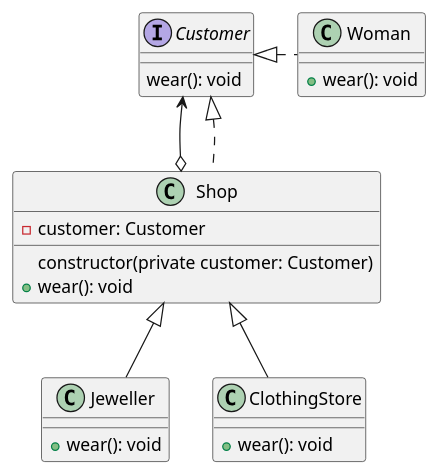
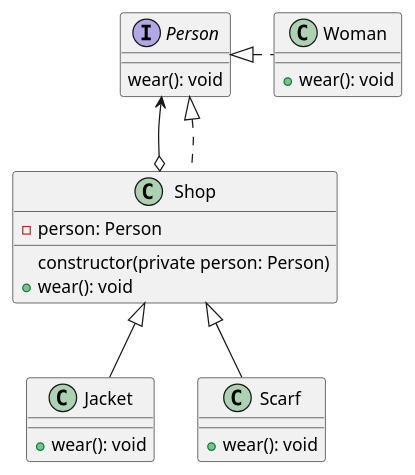
One commit to plkpiotr/design-patterns changed the diagram in src/app/structural/decorator/decorator.puml. Above: the diagram before and after it, drawn with PlantUML. The commit also changed other lines of this file and 8 other files, not shown here.

Commit message:
Update diagrams to real life examples

```diff
--- a/src/app/structural/decorator/decorator.puml
+++ b/src/app/structural/decorator/decorator.puml
@@ -1,32 +1,32 @@
 @startuml
 
-interface Customer {
+interface Person {
   wear(): void
 }
 
 class Woman {
   + wear(): void
 }
 
 class Shop {
-  - customer: Customer
-  constructor(private customer: Customer)
+  - person: Person
+  constructor(private person: Person)
   + wear(): void
 }
 
-class Jeweller {
+class Jacket {
   + wear(): void
 }
 
-class ClothingStore {
+class Scarf {
   + wear(): void
 }
 
-Customer <|. Woman
-Customer <--o Shop
-Customer <|.. Shop
+Person <|. Woman
+Person <--o Shop
+Person <|.. Shop
 
-Shop <|-- Jeweller
-Shop <|-- ClothingStore
+Shop <|-- Jacket
+Shop <|-- Scarf
 
 @enduml
```
